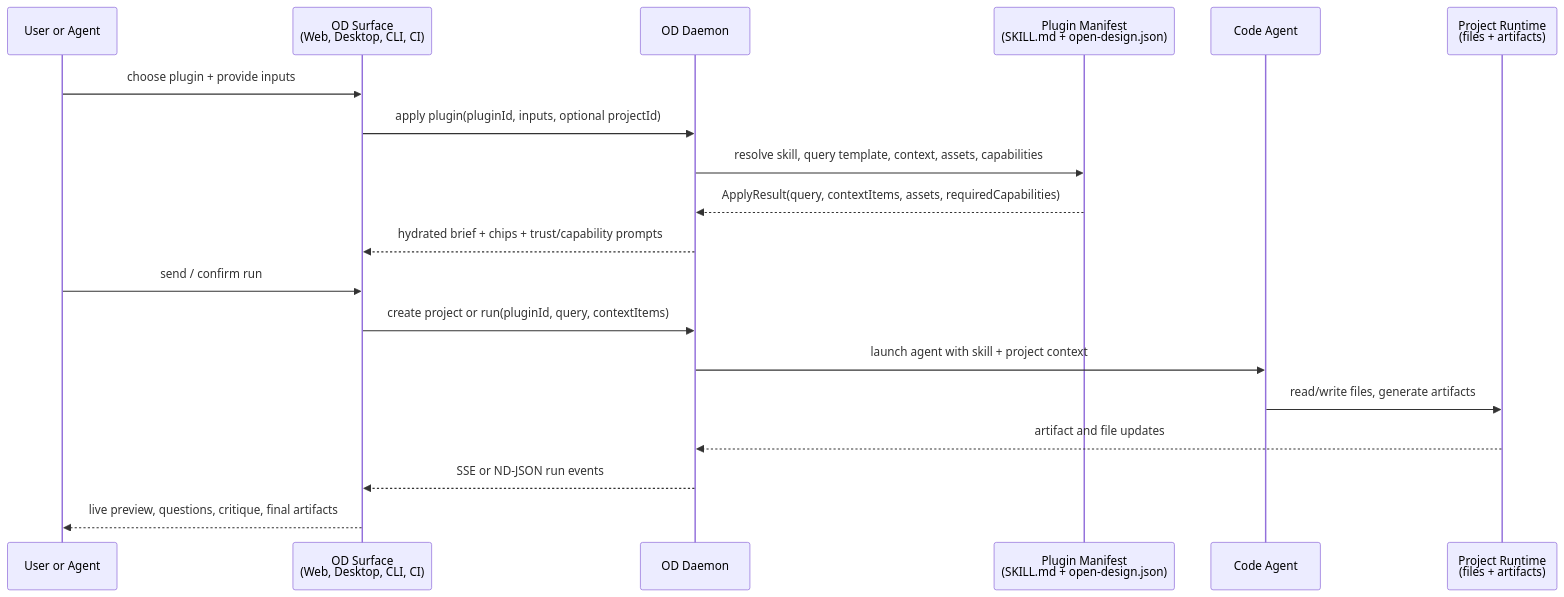
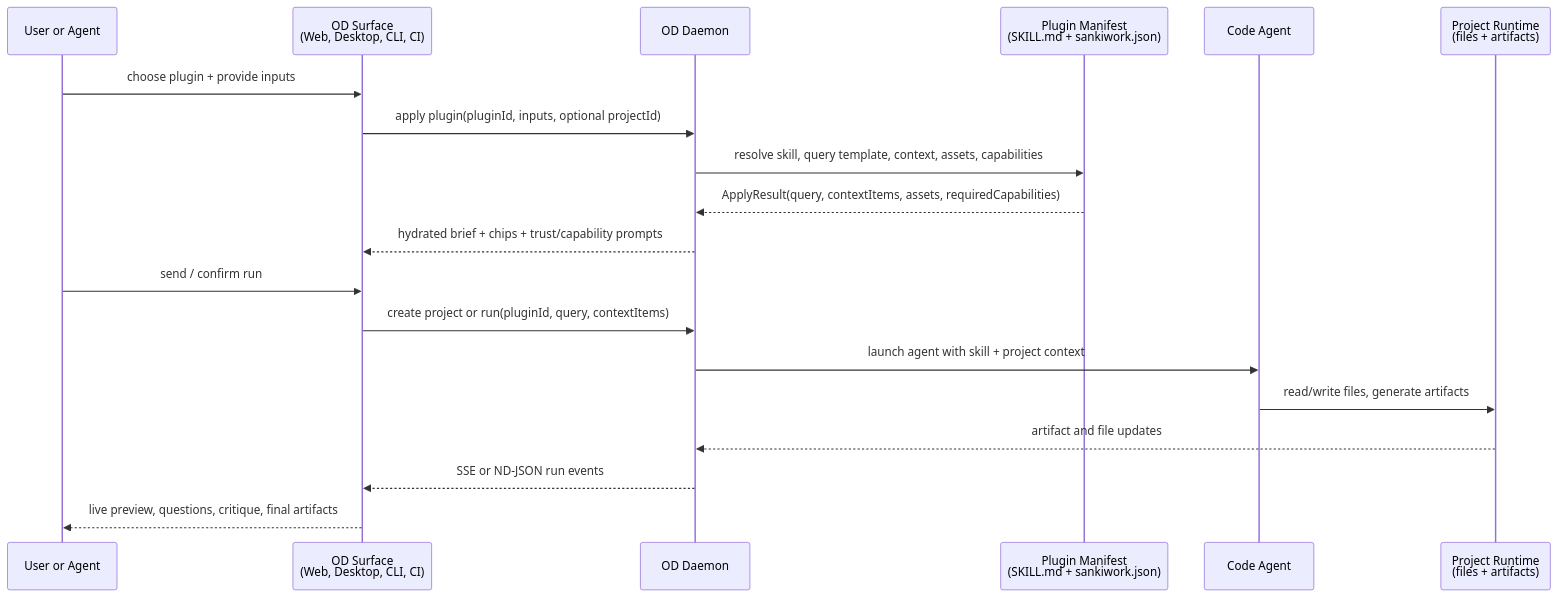
The first of 4 diagrams in docs/plugins-spec.md (zjiang5211-droid/SankiWork), drawn with Mermaid before and after one commit. The commit also changed other lines of this file and 1576 other files, not shown here.

````diff
--- a/docs/plugins-spec.md
+++ b/docs/plugins-spec.md
@@ -35,22 +35,22 @@
 ```mermaid
 sequenceDiagram
   participant U as User or Agent
   participant S as OD Surface<br/>(Web, Desktop, CLI, CI)
   participant D as OD Daemon
-  participant P as Plugin Manifest<br/>(SKILL.md + open-design.json)
+  participant P as Plugin Manifest<br/>(SKILL.md + sankiwork.json)
   participant A as Code Agent
   participant R as Project Runtime<br/>(files + artifacts)
 
   U->>S: choose plugin + provide inputs
   S->>D: apply plugin(pluginId, inputs, optional projectId)
   D->>P: resolve skill, query template, context, assets, capabilities
   P-->>D: ApplyResult(query, contextItems, assets, requiredCapabilities)
   D-->>S: hydrated brief + chips + trust/capability prompts
   U->>S: send / confirm run
   S->>D: create project or run(pluginId, query, contextItems)
   D->>A: launch agent with skill + project context
   A->>R: read/write files, generate artifacts
   R-->>D: artifact and file updates
   D-->>S: SSE or ND-JSON run events
   S-->>U: live preview, questions, critique, final artifacts
 ```
````
